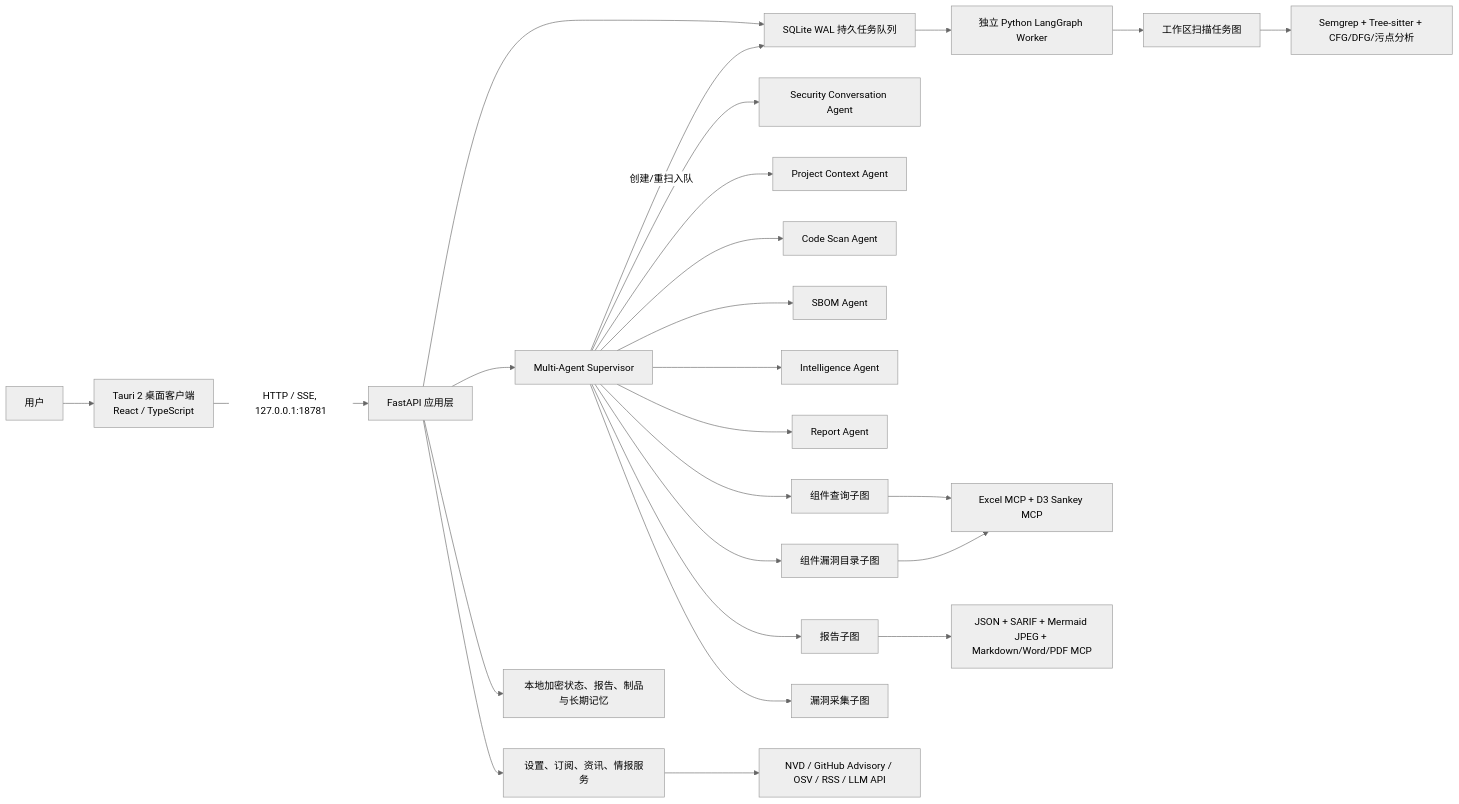
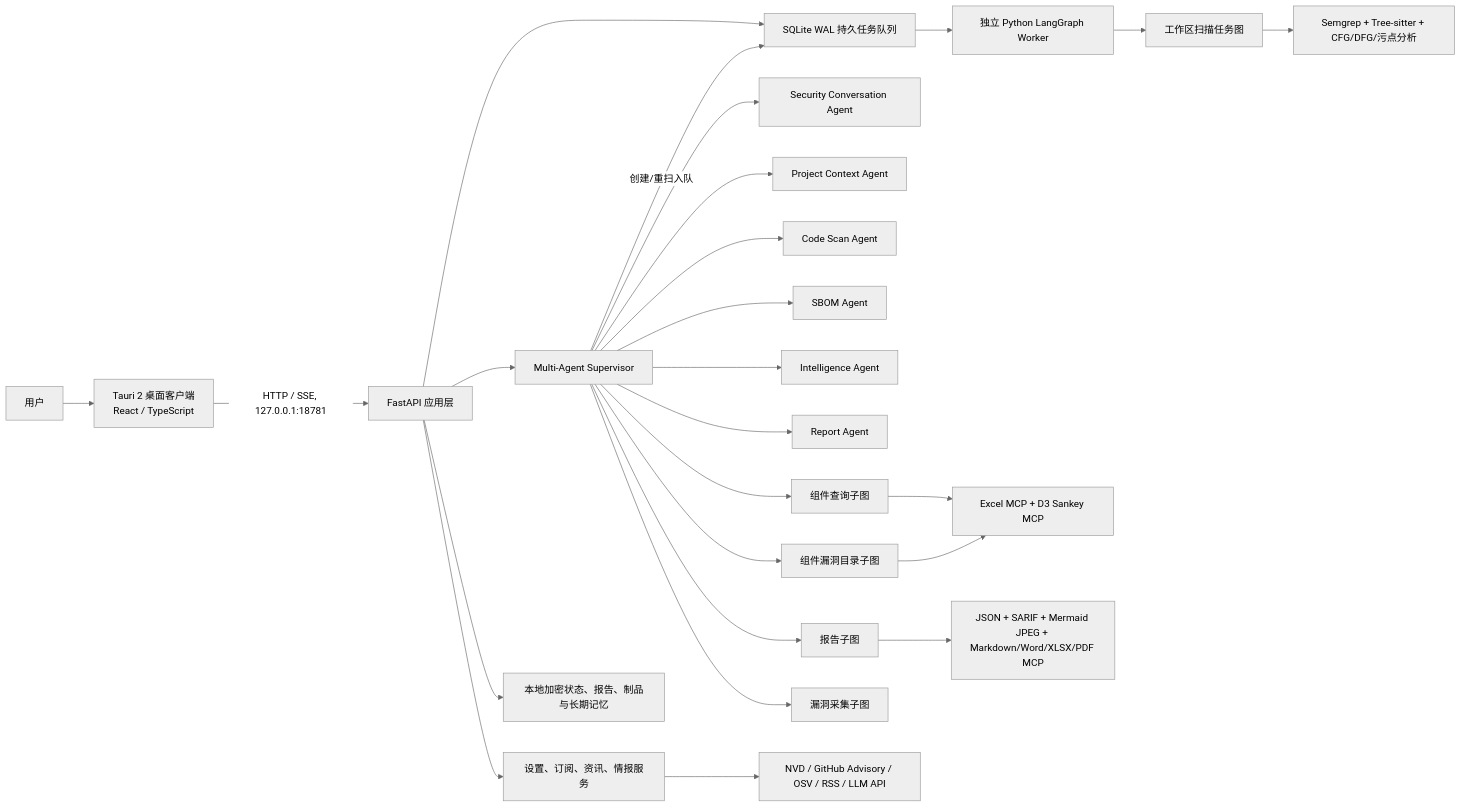
The diagram in docs/ARCHITECTURE.md (FuNianTongXue/AegisAl), drawn with Mermaid (neutral theme) before and after one commit. The commit also changed other lines of this file and 374 other files, not shown here.

````diff
--- a/docs/ARCHITECTURE.md
+++ b/docs/ARCHITECTURE.md
@@ -35,27 +35,27 @@
 ```mermaid
 flowchart LR
     U["用户"] --> M["Tauri 2 桌面客户端<br/>React / TypeScript"]
     M -->|"HTTP / SSE, 127.0.0.1:18781"| A["FastAPI 应用层"]
     A --> J["SQLite WAL 持久任务队列"]
     J --> W["独立 Python LangGraph Worker"]
     W --> T["工作区扫描任务图"]
     A --> G["Multi-Agent Supervisor"]
     A --> S["设置、订阅、资讯、情报服务"]
     G --> Q["Security Conversation Agent"]
     G --> PC["Project Context Agent"]
     G --> CSA["Code Scan Agent"]
     G --> SBA["SBOM Agent"]
     G --> IA["Intelligence Agent"]
     G --> RA["Report Agent"]
     G -->|"创建/重扫入队"| J
     G --> C["组件查询子图"]
     G --> CC["组件漏洞目录子图"]
     G --> R["报告子图"]
     G --> V["漏洞采集子图"]
     T --> E["Semgrep + Tree-sitter + CFG/DFG/污点分析"]
     C --> CM["Excel MCP + D3 Sankey MCP"]
     CC --> CM
-    R --> RM["JSON + SARIF + Mermaid JPEG + Markdown/Word/PDF MCP"]
+    R --> RM["JSON + SARIF + Mermaid JPEG + Markdown/Word/XLSX/PDF MCP"]
     A --> D["本地加密状态、报告、制品与长期记忆"]
     S --> X["NVD / GitHub Advisory / OSV / RSS / LLM API"]
 ```
````
